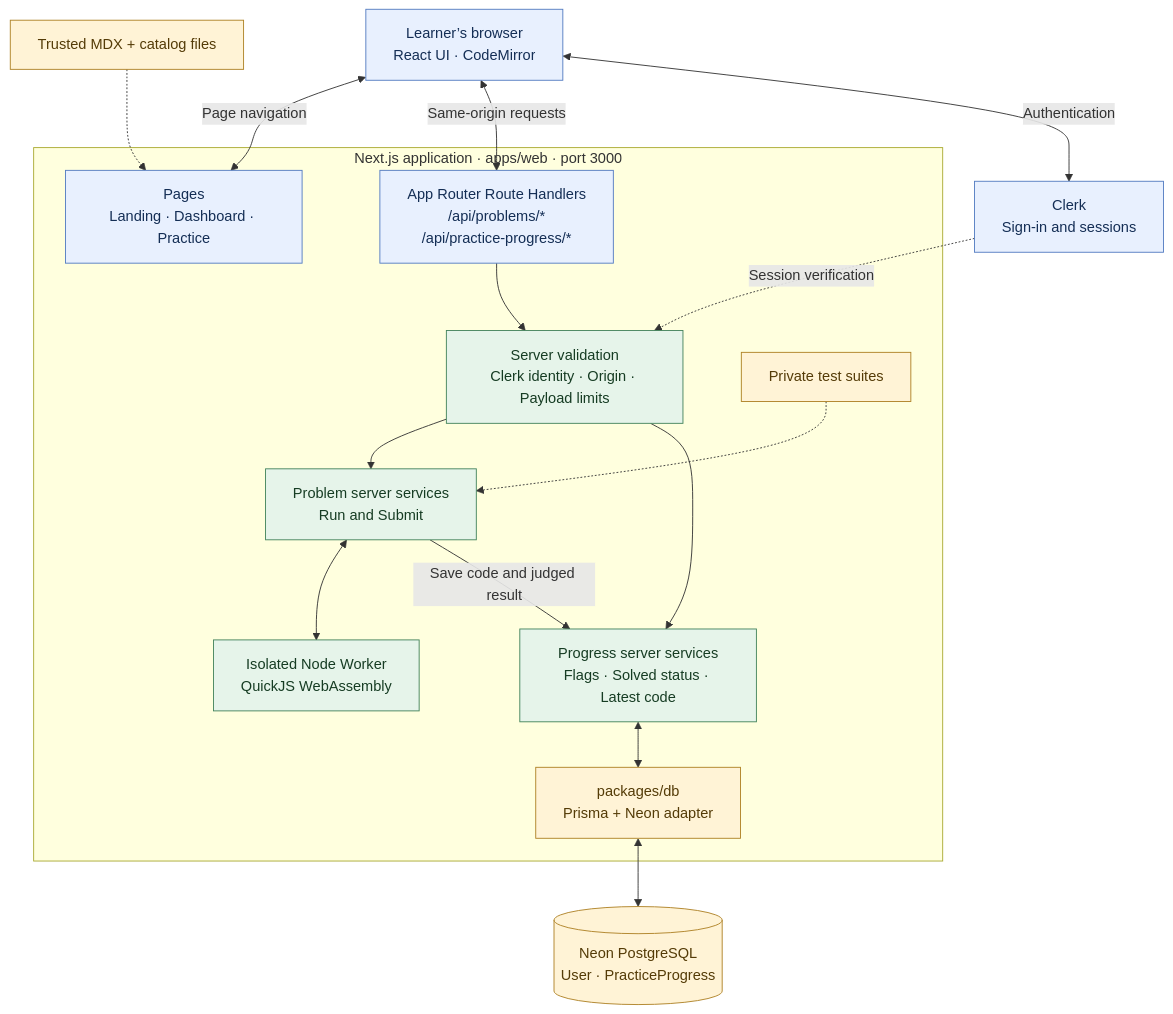
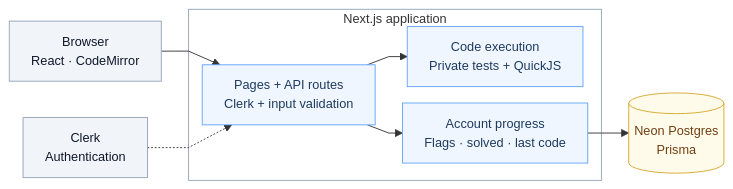
Before and after one commit to eric-nichols-nyc/code-atlas: the diagram in README.md, drawn with Mermaid.

Commit message:
docs: simplify and balance architecture diagram

````diff
--- a/README.md
+++ b/README.md
@@ -154,40 +154,28 @@
 ```mermaid
-flowchart TB
-    Browser["Learner’s browser<br/>React UI · CodeMirror"]
-    Clerk["Clerk<br/>Sign-in and sessions"]
-    Neon[("Neon PostgreSQL<br/>User · PracticeProgress")]
+%%{init: {"look": "classic", "fontFamily": "Arial", "themeVariables": {"fontFamily": "Arial, sans-serif", "fontSize": "14px"}, "flowchart": {"nodeSpacing": 18, "rankSpacing": 30, "curve": "linear", "padding": 12, "wrappingWidth": 220}}}%%
+flowchart LR
+    Browser["Browser<br/>React · CodeMirror"]
+    Clerk["Clerk<br/>Authentication"]
 
-    subgraph Next["Next.js application · apps/web · port 3000"]
-        Pages["Pages<br/>Landing · Dashboard · Practice"]
-        Routes["App Router Route Handlers<br/>/api/problems/*<br/>/api/practice-progress/*"]
-        Auth["Server validation<br/>Clerk identity · Origin · Payload limits"]
-        Judge["Problem server services<br/>Run and Submit"]
-        Tests["Private test suites"]
-        Worker["Isolated Node Worker<br/>QuickJS WebAssembly"]
-        Progress["Progress server services<br/>Flags · Solved status · Latest code"]
-        Prisma["packages/db<br/>Prisma + Neon adapter"]
+    subgraph Next["Next.js application"]
+        Routes["Pages + API routes<br/>Clerk + input validation"]
+        Judge["Code execution<br/>Private tests + QuickJS"]
+        Progress["Account progress<br/>Flags · solved · last code"]
 
-        Routes --> Auth
-        Auth --> Judge
-        Auth --> Progress
-        Tests -.-> Judge
-        Judge <--> Worker
-        Judge -->|Save code and judged result| Progress
-        Progress <--> Prisma
+        Routes --> Judge
+        Routes --> Progress
     end
 
-    Browser <-->|Page navigation| Pages
-    Browser <-->|Same-origin requests| Routes
-    Browser <-->|Authentication| Clerk
-    Clerk -.->|Session verification| Auth
-    Prisma <--> Neon
+    Browser --> Routes
+    Clerk -.-> Routes
+    Progress --> Neon[("Neon Postgres<br/>Prisma")]
 
-    Content["Trusted MDX + catalog files"] -.-> Pages
-
-    classDef app fill:#e8f0fe,stroke:#537bc1,color:#142e55
-    classDef server fill:#e6f4ea,stroke:#43835b,color:#163c23
-    classDef data fill:#fff3d6,stroke:#ae8124,color:#543b07
-    class Browser,Pages,Routes,Clerk app
-    class Auth,Judge,Worker,Progress server
-    class Tests,Prisma,Neon,Content data
+    style Next fill:transparent,stroke:#94a3b8,stroke-width:1px,font-family:Arial
+    classDef default font-family:Arial
+    classDef client fill:#f1f5f9,stroke:#94a3b8,color:#0f172a
+    classDef app fill:#eff6ff,stroke:#60a5fa,color:#1e3a5f
+    classDef data fill:#fffbeb,stroke:#d4a72c,color:#713f12
+    class Browser,Clerk client
+    class Routes,Judge,Progress app
+    class Neon data
 ```
````
